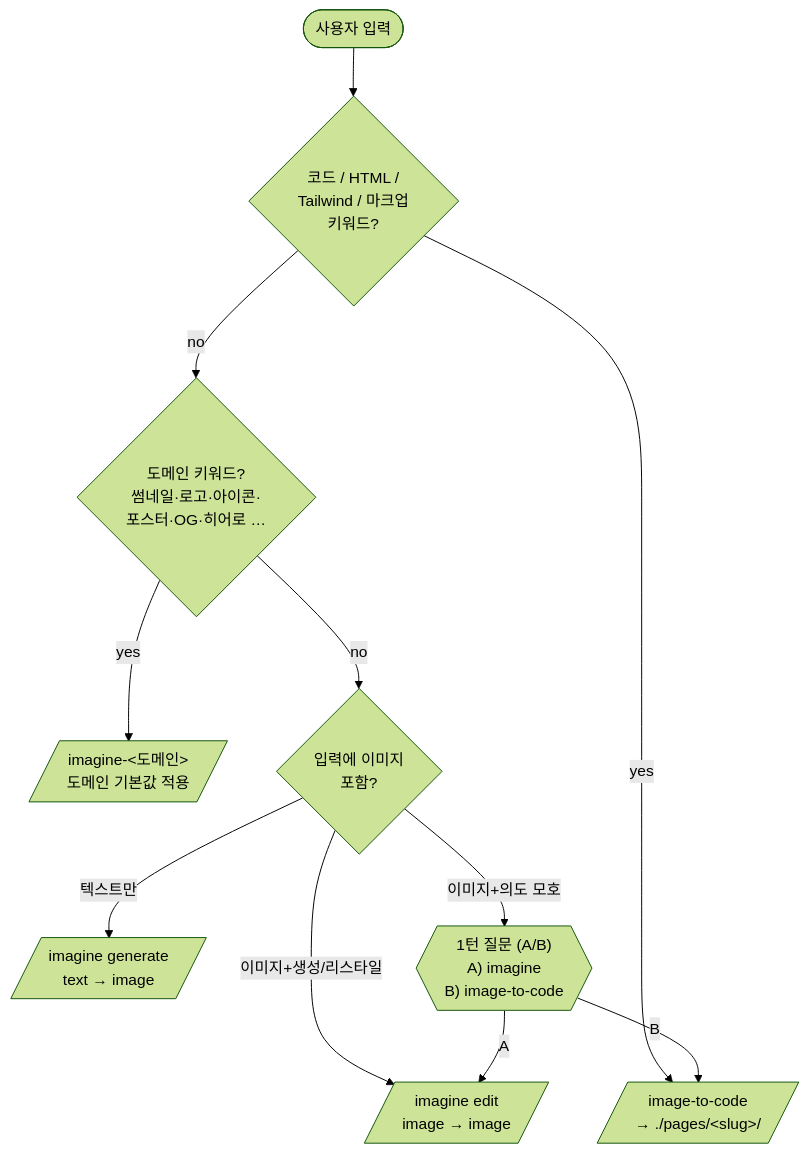
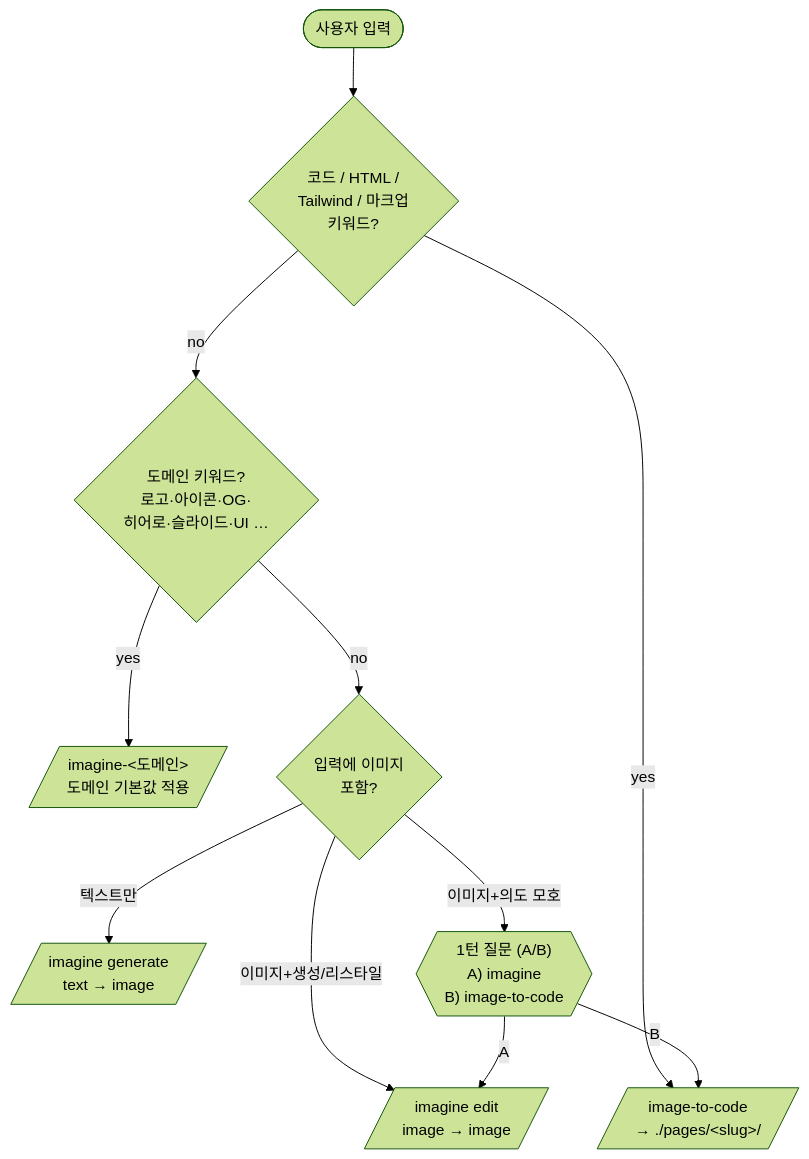
The second of 6 diagrams in docs/harness-guide.md (Mineru98/imagine), drawn with Mermaid (forest theme) before and after one commit. The commit also changed other lines of this file and 41 other files, not shown here.

````diff
--- a/docs/harness-guide.md
+++ b/docs/harness-guide.md
@@ -104,13 +94,13 @@
 ```mermaid
 flowchart TD
     Start([사용자 입력]) --> Q1{코드 / HTML /<br/>Tailwind / 마크업<br/>키워드?}
     Q1 -- yes --> I2C[/"image-to-code<br/>→ ./pages/&lt;slug&gt;/"/]
-    Q1 -- no --> Q2{도메인 키워드?<br/>썸네일·로고·아이콘·<br/>포스터·OG·히어로 …}
+    Q1 -- no --> Q2{도메인 키워드?<br/>로고·아이콘·OG·<br/>히어로·슬라이드·UI …}
     Q2 -- yes --> DOM[/"imagine-&lt;도메인&gt;<br/>도메인 기본값 적용"/]
     Q2 -- no --> Q3{입력에 이미지<br/>포함?}
     Q3 -- "텍스트만" --> GEN[/"imagine generate<br/>text → image"/]
     Q3 -- "이미지+생성/리스타일" --> EDIT[/"imagine edit<br/>image → image"/]
     Q3 -- "이미지+의도 모호" --> ASK{{"1턴 질문 (A/B)<br/>A) imagine<br/>B) image-to-code"}}
     ASK -- A --> EDIT
     ASK -- B --> I2C
 ```
````
